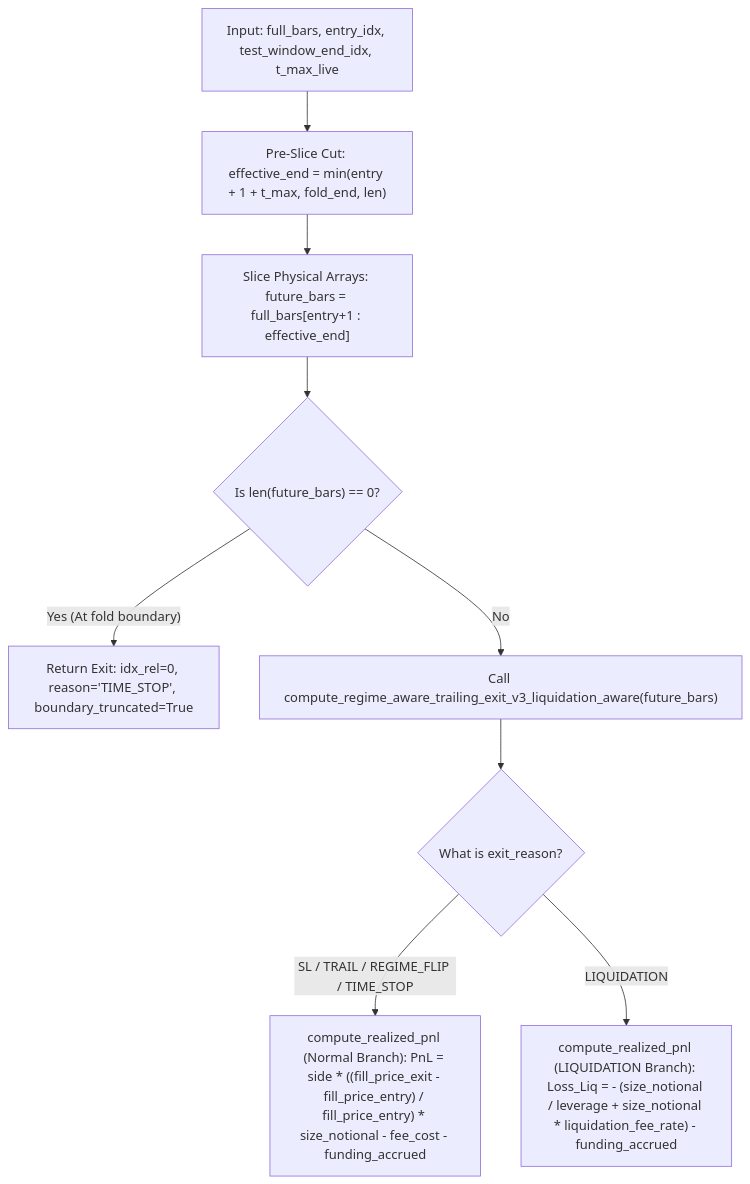
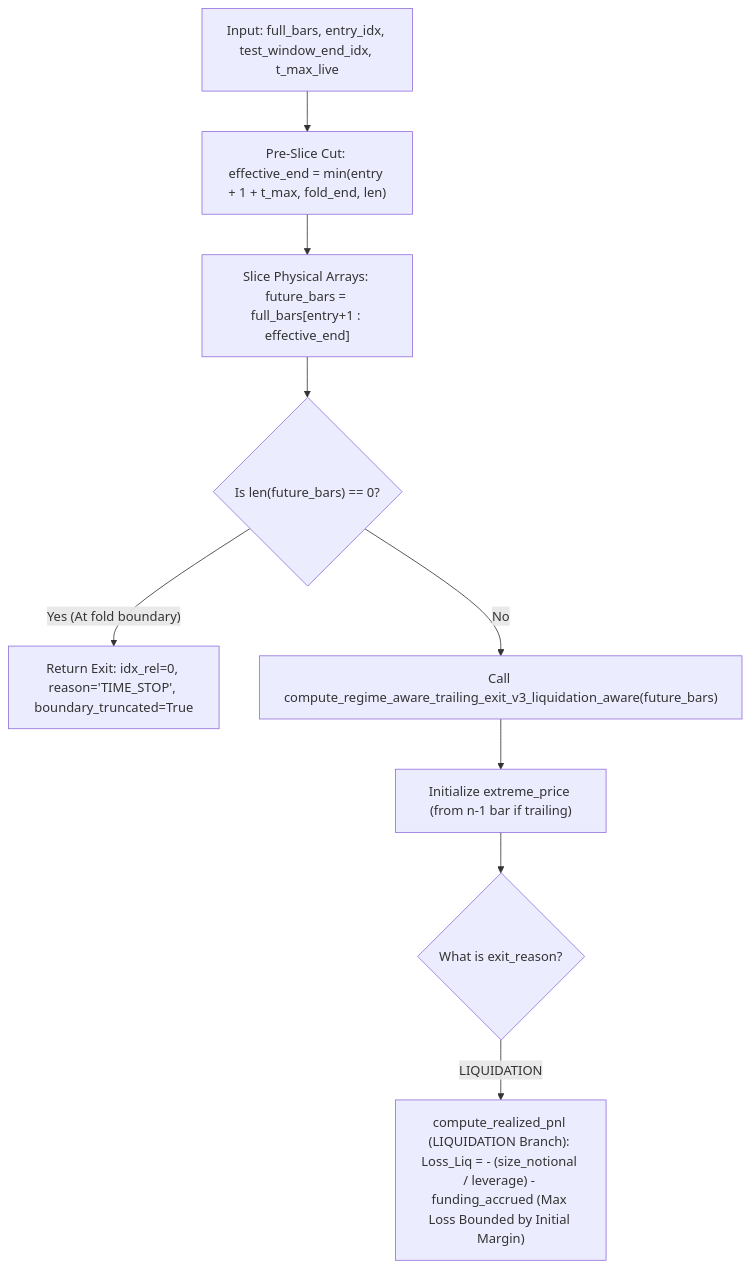
Before and after one commit to hoangcongly/1907TacticalAI: the ninth of 9 diagrams in docs/engineering_audit_and_explanation_report.md, drawn with Mermaid. The commit also changed other lines of this file and 2 other files, not shown here.

````diff
--- a/docs/engineering_audit_and_explanation_report.md
+++ b/docs/engineering_audit_and_explanation_report.md
@@ -660,14 +662,14 @@
 ```mermaid
 flowchart TD
     Input["Input: full_bars, entry_idx, test_window_end_idx, t_max_live"] --> PreSlice["Pre-Slice Cut: effective_end = min(entry + 1 + t_max, fold_end, len)"]
     PreSlice --> SliceArr["Slice Physical Arrays: future_bars = full_bars[entry+1 : effective_end]"]
     
     SliceArr --> CheckZero{"Is len(future_bars) == 0?"}
     CheckZero -->|"Yes (At fold boundary)"| InstantExit["Return Exit: idx_rel=0, reason='TIME_STOP', boundary_truncated=True"]
     
     CheckZero -->|No| CallV3["Call compute_regime_aware_trailing_exit_v3_liquidation_aware(future_bars)"]
-    CallV3 --> CheckReason{"What is exit_reason?"}
+    CallV3 --> InitExtreme["Initialize extreme_price (from n-1 bar if trailing)"]
     
-    CheckReason -->|SL / TRAIL / REGIME_FLIP / TIME_STOP| NormalPnL["compute_realized_pnl (Normal Branch): PnL = side * ((fill_price_exit - fill_price_entry) / fill_price_entry) * size_notional - fee_cost - funding_accrued"]
-    CheckReason -->|LIQUIDATION| LiqPnL["compute_realized_pnl (LIQUIDATION Branch): Loss_Liq = - (size_notional / leverage + size_notional * liquidation_fee_rate) - funding_accrued"]
+    InitExtreme --> CheckReason{"What is exit_reason?"}
+    CheckReason -->|LIQUIDATION| LiqPnL["compute_realized_pnl (LIQUIDATION Branch): Loss_Liq = - (size_notional / leverage) - funding_accrued (Max Loss Bounded by Initial Margin)"]
 ```
````
